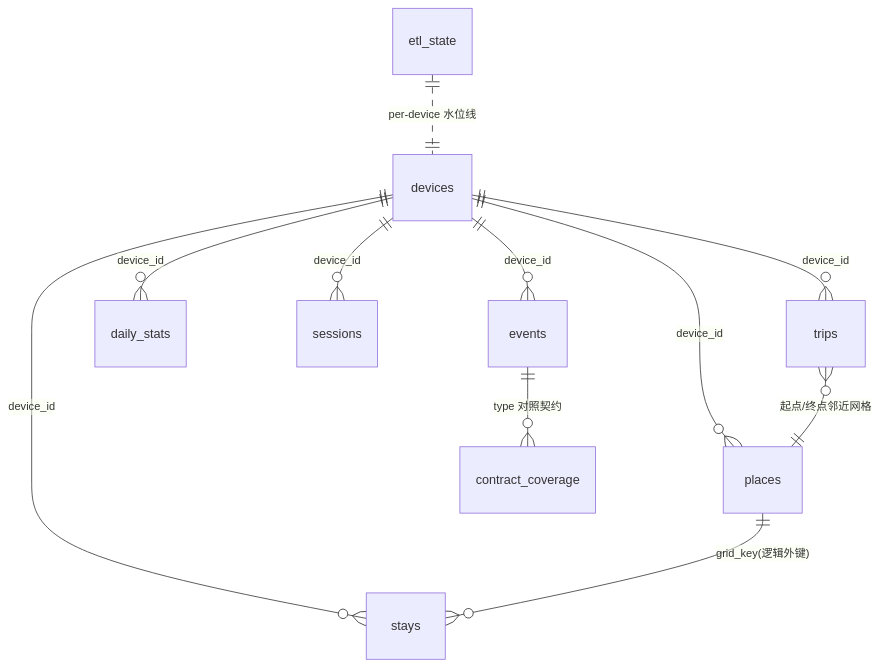
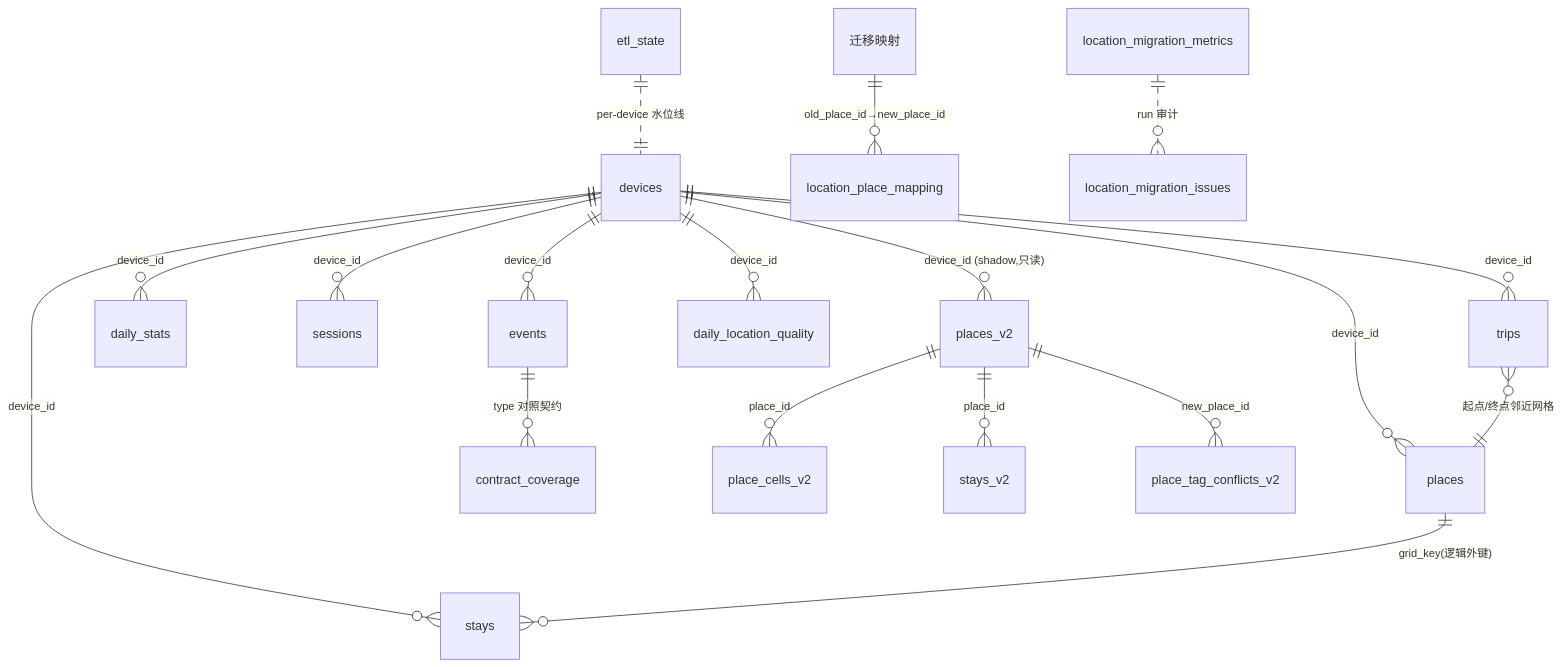
The third of 10 diagrams in docs/langTrack-tech.md (weweaq/WithLangGraph), drawn with Mermaid before and after one commit. The commit also changed other lines of this file and 2 other files, not shown here.

````diff
--- a/docs/langTrack-tech.md
+++ b/docs/langTrack-tech.md
@@ -298,13 +325,20 @@
 ```mermaid
 erDiagram
     devices ||--o{ events : "device_id"
     devices ||--o{ daily_stats : "device_id"
     devices ||--o{ sessions : "device_id"
     devices ||--o{ stays : "device_id"
     devices ||--o{ trips : "device_id"
     devices ||--o{ places : "device_id"
+    devices ||--o{ daily_location_quality : "device_id"
     places ||--o{ stays : "grid_key(逻辑外键)"
     trips }o--|| places : "起点/终点邻近网格"
     events ||--o{ contract_coverage : "type 对照契约"
     etl_state ||..|| devices : "per-device 水位线"
+    devices ||--o{ places_v2 : "device_id (shadow,只读)"
+    places_v2 ||--o{ place_cells_v2 : "place_id"
+    places_v2 ||--o{ stays_v2 : "place_id"
+    places_v2 ||--o{ place_tag_conflicts_v2 : "new_place_id"
+    places  "迁移映射" ||--o{ location_place_mapping : "old_place_id→new_place_id"
+    location_migration_metrics ||..o{ location_migration_issues : "run 审计"
 ```
````
